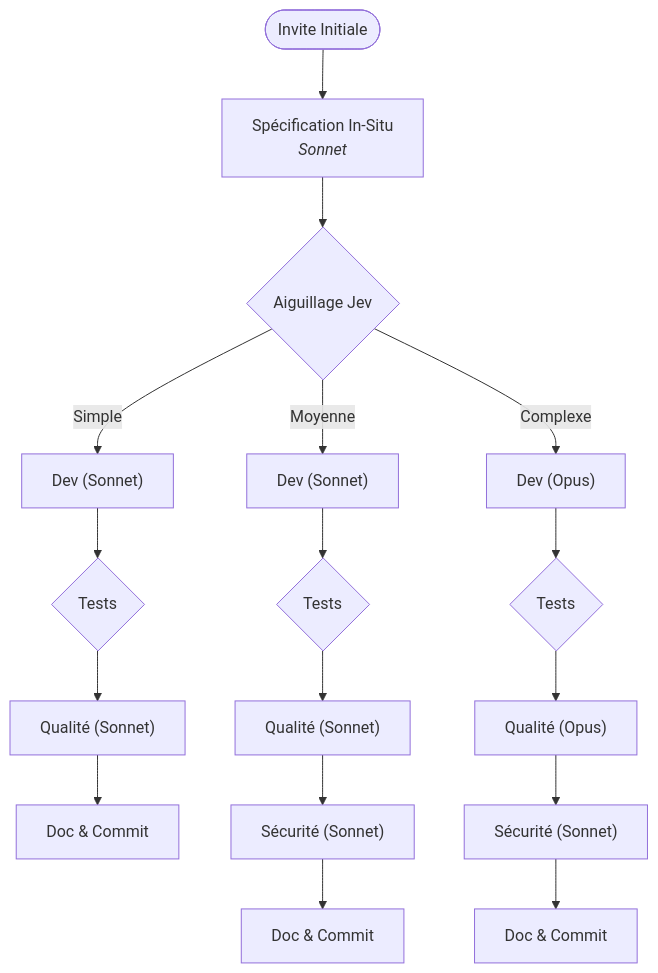
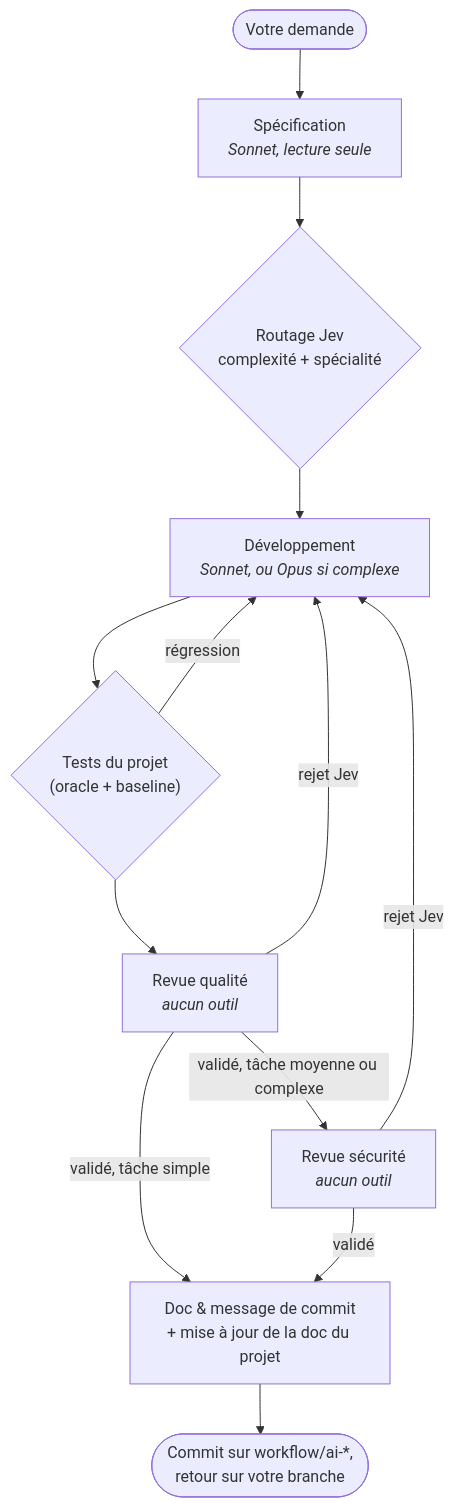
Before and after one commit to GirardotN/Workflow-Claude-Code: the diagram in README.md, drawn with Mermaid. The commit also changed other lines of this file and 11 other files, not shown here.

````diff
--- a/README.md
+++ b/README.md
@@ -95,8 +78,15 @@
 ```mermaid
 flowchart TD
-    Start(["Invite Initiale"]) --> Spec["Spécification In-Situ<br/><i>Sonnet</i>"]
-    Spec --> Jev{"Aiguillage Jev"}
-    Jev -->|"Simple"| DevS["Dev (Sonnet)"] --> TestsS{"Tests"} --> QualS["Qualité (Sonnet)"] --> DocS["Doc & Commit"]
-    Jev -->|"Moyenne"| DevM["Dev (Sonnet)"] --> TestsM{"Tests"} --> QualM["Qualité (Sonnet)"] --> SecuM["Sécurité (Sonnet)"] --> DocM["Doc & Commit"]
-    Jev -->|"Complexe"| DevC["Dev (Opus)"] --> TestsC{"Tests"} --> QualC["Qualité (Opus)"] --> SecuC["Sécurité (Sonnet)"] --> DocC["Doc & Commit"]
+    Start(["Votre demande"]) --> Spec["Spécification<br/><i>Sonnet, lecture seule</i>"]
+    Spec --> Jev{"Routage Jev<br/>complexité + spécialité"}
+    Jev --> Dev["Développement<br/><i>Sonnet, ou Opus si complexe</i>"]
+    Dev --> Tests{"Tests du projet<br/>(oracle + baseline)"}
+    Tests -->|"régression"| Dev
+    Tests --> Qual["Revue qualité<br/><i>aucun outil</i>"]
+    Qual -->|"rejet Jev"| Dev
+    Qual -->|"validé, tâche moyenne ou complexe"| Secu["Revue sécurité<br/><i>aucun outil</i>"]
+    Secu -->|"rejet Jev"| Dev
+    Qual -->|"validé, tâche simple"| Doc
+    Secu -->|"validé"| Doc["Doc & message de commit<br/>+ mise à jour de la doc du projet"]
+    Doc --> Commit(["Commit sur workflow/ai-*,<br/>retour sur votre branche"])
 ```
````
